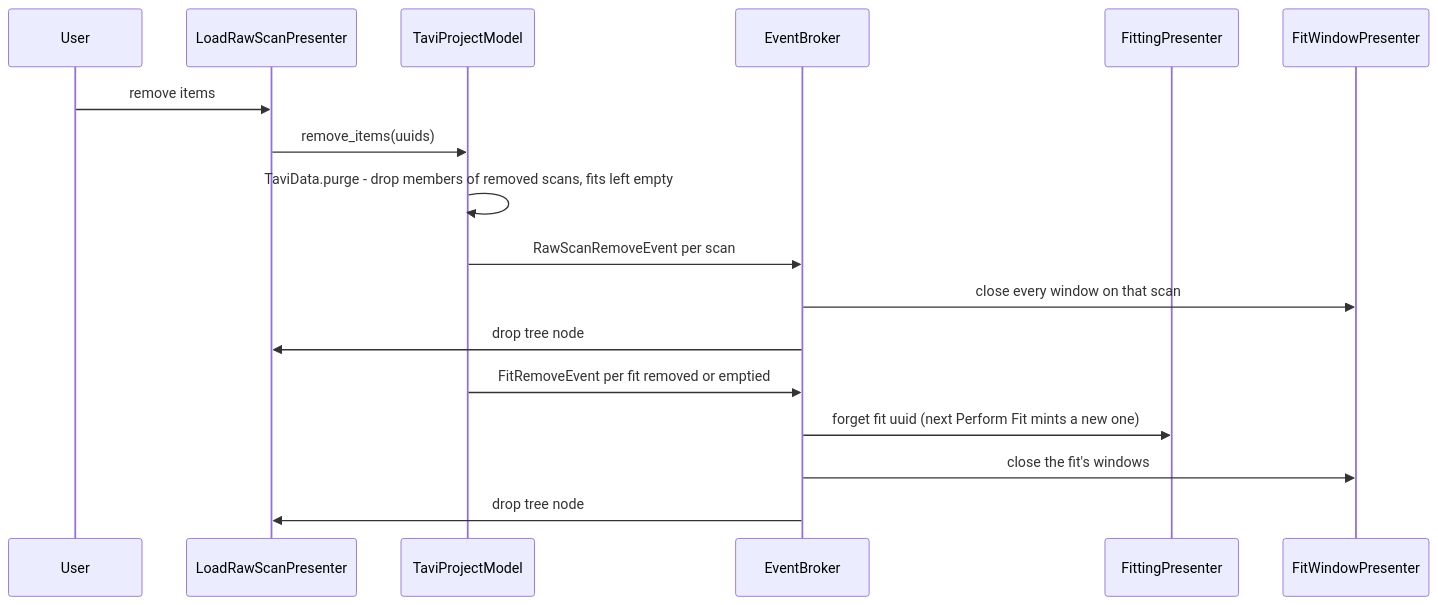
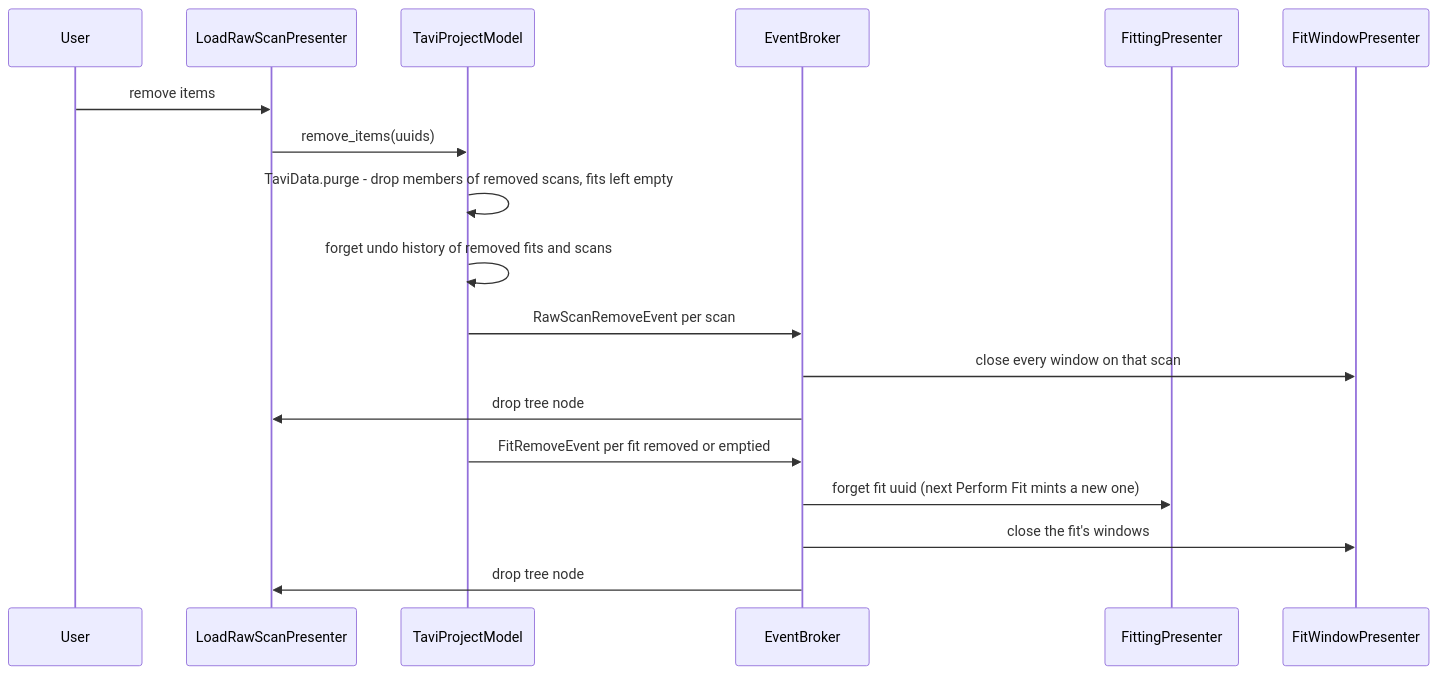
One commit to neutrons/TAVI changed the seventh of 7 diagrams in docs/source/design/frontend/fit_data_model.rst. Above: the diagram before and after it, drawn with Mermaid. The commit also changed other lines of this file and 23 other files, not shown here.

```diff
--- a/docs/source/design/frontend/fit_data_model.rst
+++ b/docs/source/design/frontend/fit_data_model.rst
@@ -357,20 +466,21 @@
 .. mermaid::
 
     sequenceDiagram
         participant User
         participant LoadRawScanPresenter
         participant TaviProjectModel
         participant EventBroker
         participant FittingPresenter
         participant FitWindowPresenter
 
         User ->> LoadRawScanPresenter: remove items
         LoadRawScanPresenter ->> TaviProjectModel: remove_items(uuids)
         TaviProjectModel ->> TaviProjectModel: TaviData.purge - drop members of removed scans, fits left empty
+        TaviProjectModel ->> TaviProjectModel: forget undo history of removed fits and scans
         TaviProjectModel ->> EventBroker: RawScanRemoveEvent per scan
         EventBroker ->> FitWindowPresenter: close every window on that scan
         EventBroker ->> LoadRawScanPresenter: drop tree node
         TaviProjectModel ->> EventBroker: FitRemoveEvent per fit removed or emptied
         EventBroker ->> FittingPresenter: forget fit uuid (next Perform Fit mints a new one)
         EventBroker ->> FitWindowPresenter: close the fit's windows
         EventBroker ->> LoadRawScanPresenter: drop tree node
```
